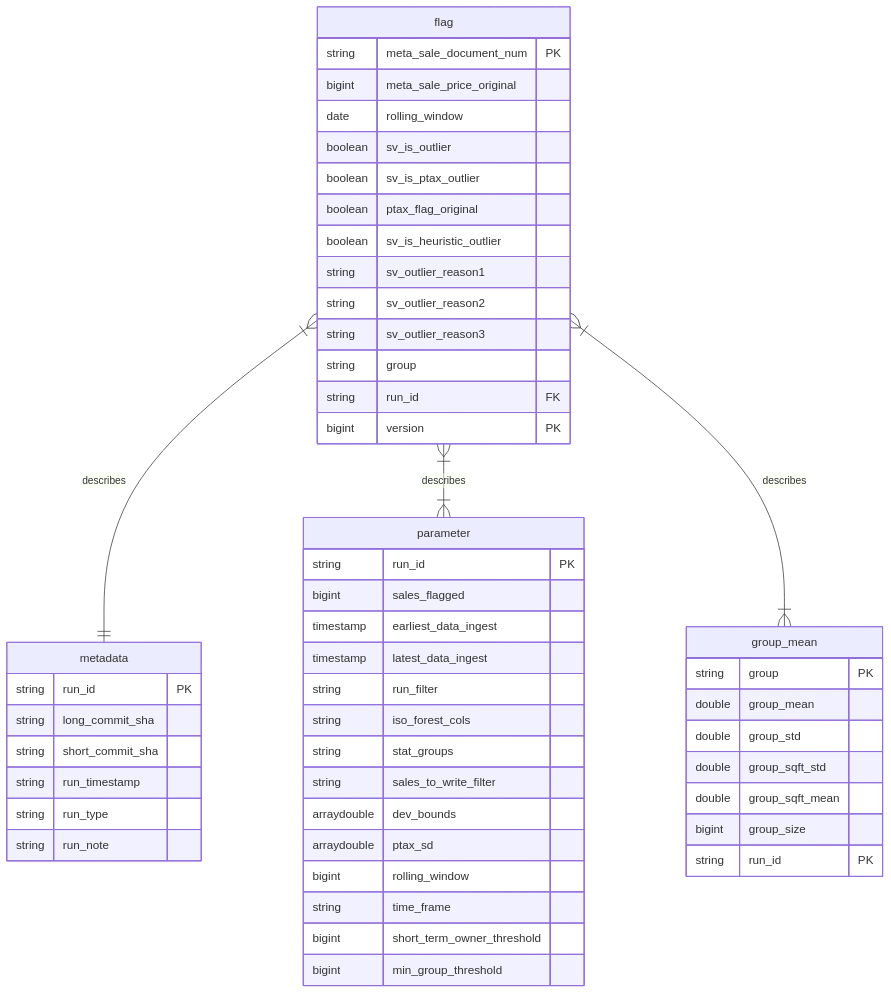
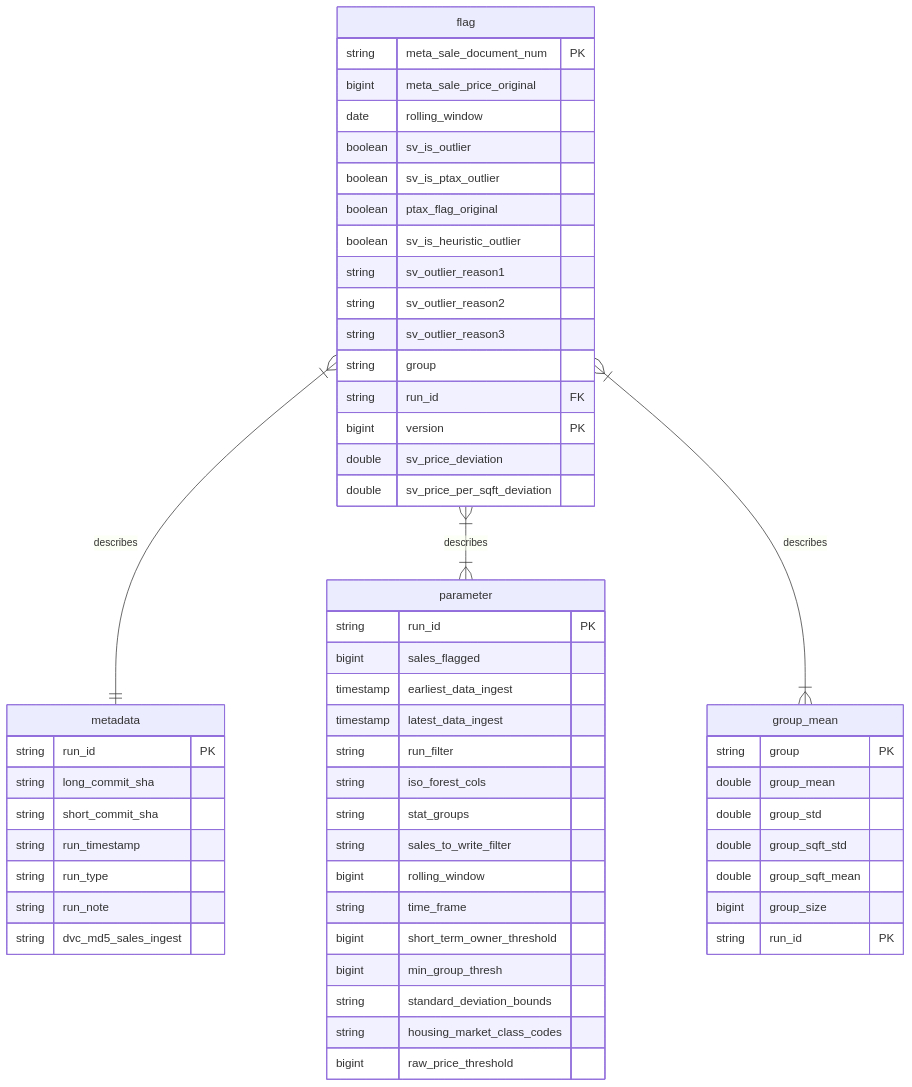
The second of 2 diagrams in README.md (ccao-data/model-sales-val), drawn with Mermaid before and after one commit.

Commit message:
Update table docs

````diff
--- a/README.md
+++ b/README.md
@@ -160,58 +160,62 @@
 ```mermaid
 erDiagram
     flag }|--|| metadata : describes
     flag }|--|{ parameter : describes
     flag }|--|{ group_mean : describes
 
     flag {
         string meta_sale_document_num PK
         bigint meta_sale_price_original
         date rolling_window
         boolean sv_is_outlier
         boolean sv_is_ptax_outlier
         boolean ptax_flag_original
         boolean sv_is_heuristic_outlier
         string sv_outlier_reason1
         string sv_outlier_reason2
         string sv_outlier_reason3
         string group
         string run_id FK
         bigint version PK
+        double sv_price_deviation
+        double sv_price_per_sqft_deviation
     }
 
     metadata {
         string run_id PK
         string long_commit_sha
         string short_commit_sha
         string run_timestamp
         string run_type
-        string run_note 
+        string run_note
+        string dvc_md5_sales_ingest
     }
 
     parameter {
         string run_id PK
         bigint sales_flagged
         timestamp earliest_data_ingest
         timestamp latest_data_ingest
         string run_filter
         string iso_forest_cols
         string stat_groups
         string sales_to_write_filter
-        arraydouble dev_bounds
-        arraydouble ptax_sd
         bigint rolling_window
         string time_frame
         bigint short_term_owner_threshold
-        bigint min_group_threshold
+        bigint min_group_thresh
+        string standard_deviation_bounds
+        string housing_market_class_codes
+        bigint raw_price_threshold
     }
 
     group_mean {
         string group PK
         double group_mean
         double group_std
         double group_sqft_std
         double group_sqft_mean
         bigint group_size
         string run_id PK
     }
 ```
````
